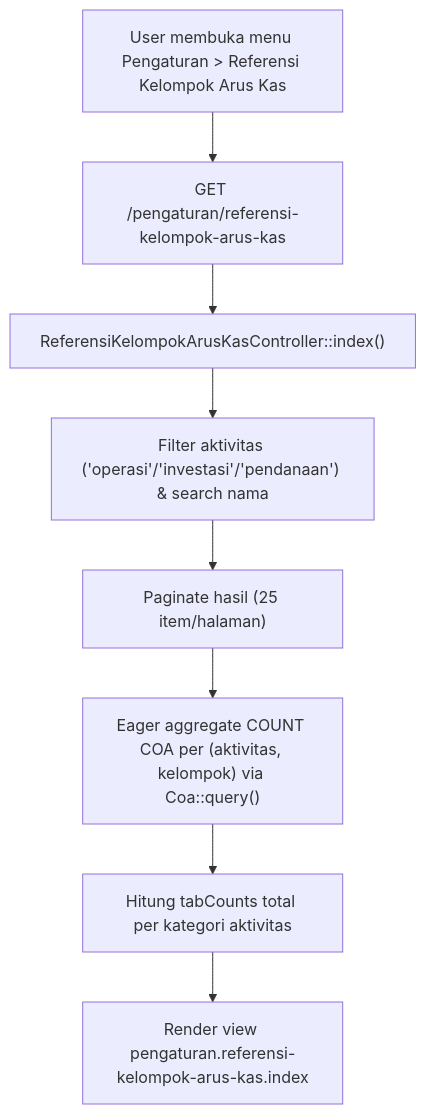
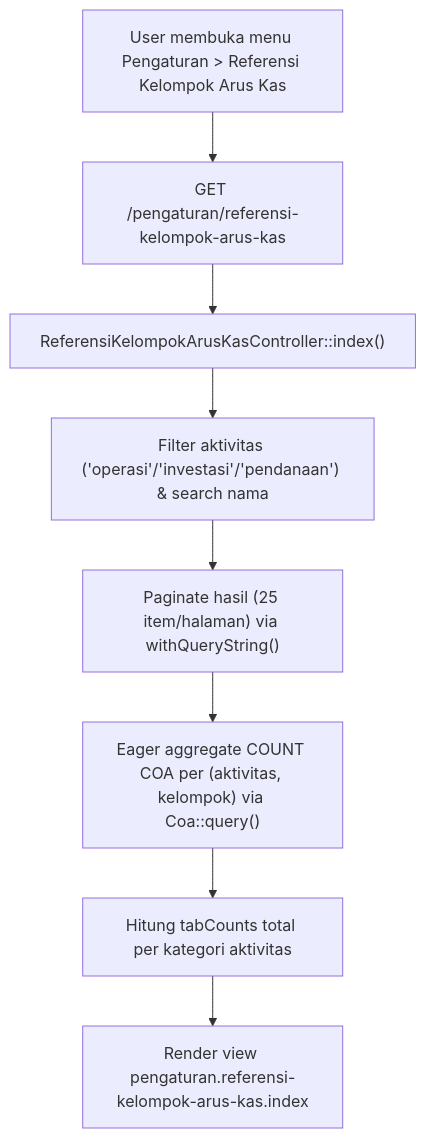
Before and after one commit to AltamaSidoarjo/laravel-siakurat-pt-smt: the first of 6 diagrams in dokumentasi/pengaturan-referensi-kelompok-arus-kas.md, drawn with Mermaid. The commit also changed other lines of this file and 1 other file, not shown here.

````diff
--- a/dokumentasi/pengaturan-referensi-kelompok-arus-kas.md
+++ b/dokumentasi/pengaturan-referensi-kelompok-arus-kas.md
@@ -50,10 +71,10 @@
 ```mermaid
 flowchart TD
     A["User membuka menu Pengaturan > Referensi Kelompok Arus Kas"] --> B["GET /pengaturan/referensi-kelompok-arus-kas"]
     B --> C["ReferensiKelompokArusKasController::index()"]
     C --> D["Filter aktivitas ('operasi'/'investasi'/'pendanaan') & search nama"]
-    D --> E["Paginate hasil (25 item/halaman)"]
+    D --> E["Paginate hasil (25 item/halaman) via withQueryString()"]
     E --> F["Eager aggregate COUNT COA per (aktivitas, kelompok) via Coa::query()"]
     F --> G["Hitung tabCounts total per kategori aktivitas"]
     G --> H["Render view pengaturan.referensi-kelompok-arus-kas.index"]
 ```
````
